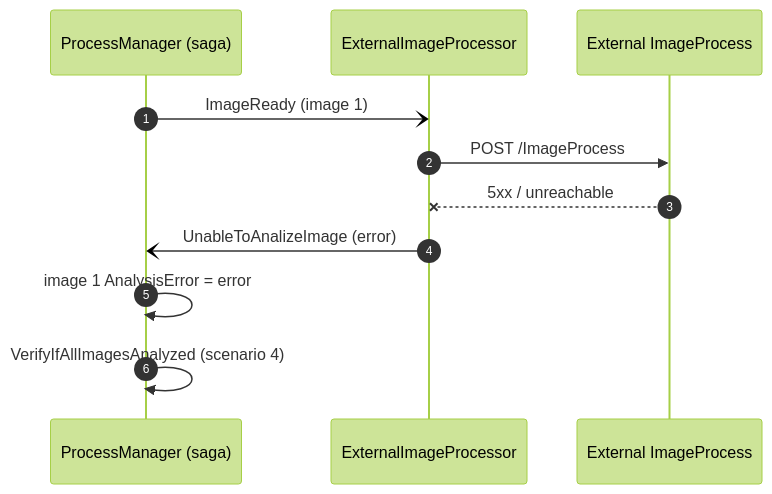
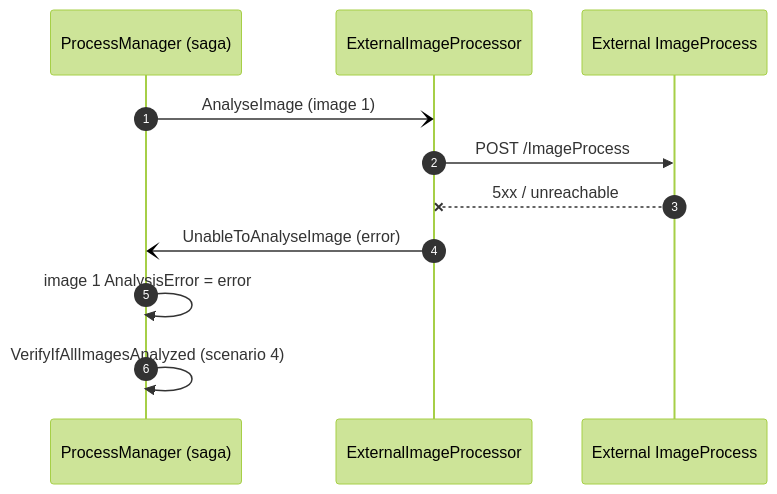
The fifth of 11 diagrams in docs/messages-flow.md (hbiarge/Estimations), drawn with Mermaid (forest theme) before and after one commit. The commit also changed other lines of this file and 106 other files, not shown here.

First line of the commit message:
Close dead ends in the message flows

````diff
--- a/docs/messages-flow.md
+++ b/docs/messages-flow.md
@@ -232,14 +245,14 @@
 ```mermaid
 sequenceDiagram
     autonumber
     participant PM as ProcessManager (saga)
     participant IP as ExternalImageProcessor
     participant XI as External ImageProcess
 
-    PM-)IP: ImageReady (image 1)
+    PM-)IP: AnalyseImage (image 1)
     IP->>XI: POST /ImageProcess
     XI--xIP: 5xx / unreachable
-    IP-)PM: UnableToAnalizeImage (error)
+    IP-)PM: UnableToAnalyseImage (error)
     PM->>PM: image 1 AnalysisError = error
     PM->>PM: VerifyIfAllImagesAnalyzed (scenario 4)
 ```
````
